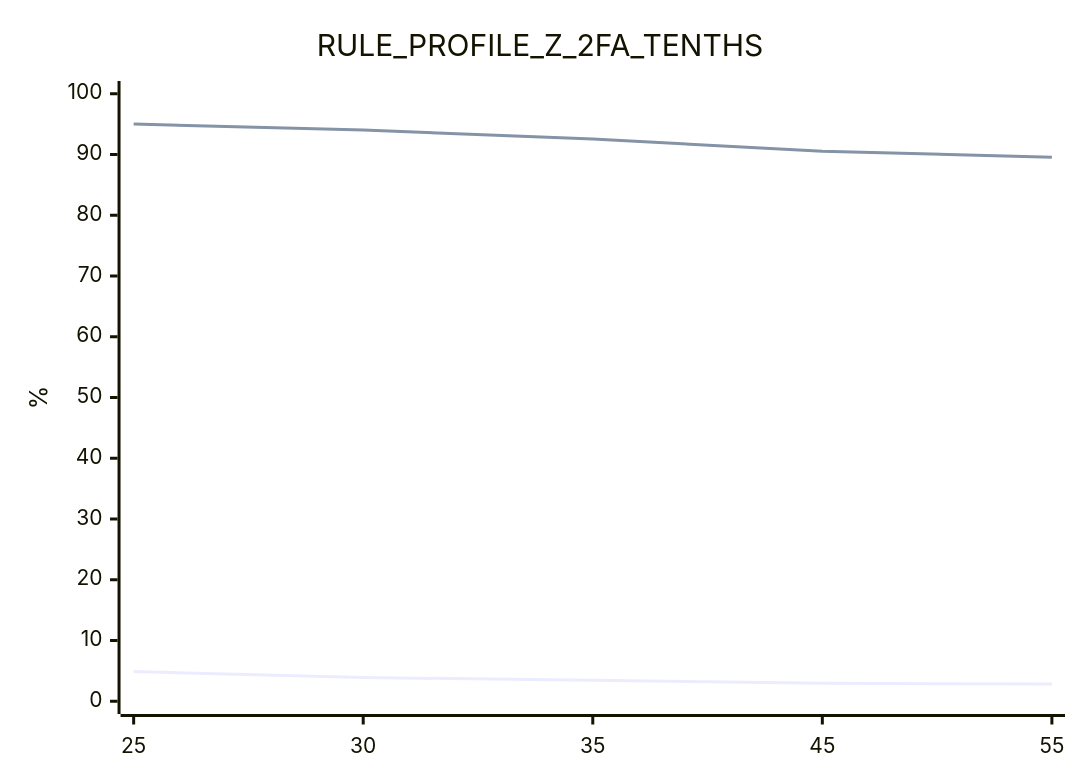
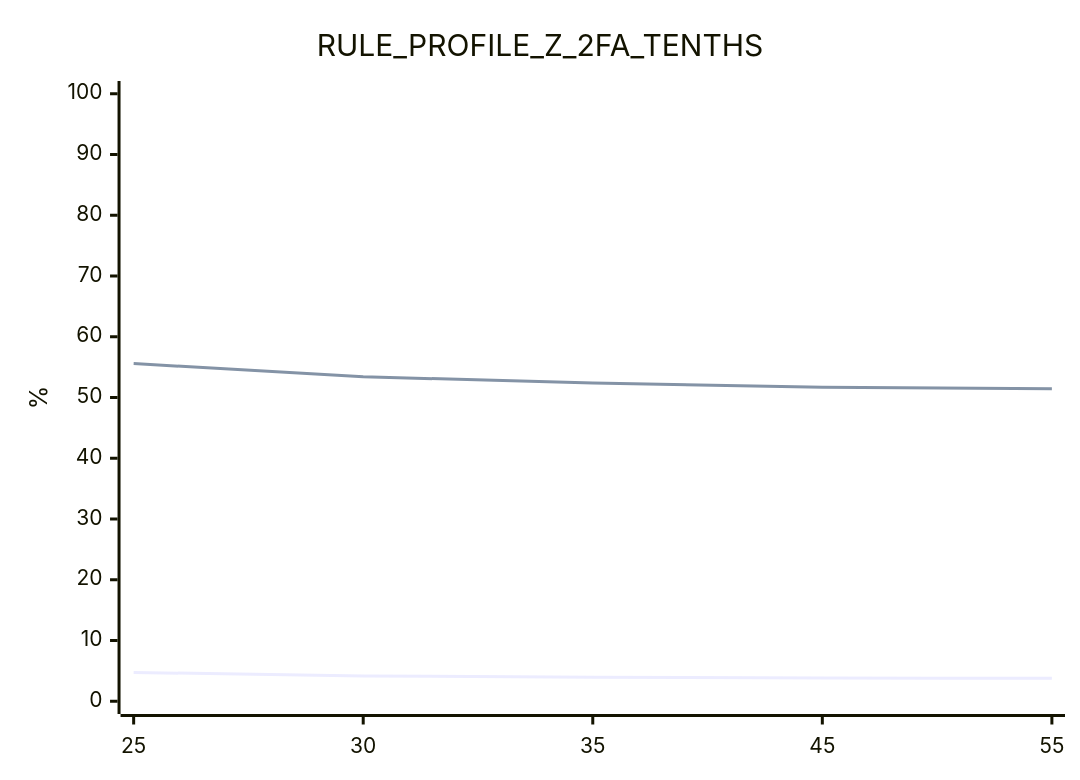
Before and after one commit to phprestes/Hackathon-Anti-Fraud-Pix: the fourth of 4 diagrams in docs/05-motor/analises.md, drawn with Mermaid. The commit also changed other lines of this file and 18 other files, not shown here.

````diff
--- a/docs/05-motor/analises.md
+++ b/docs/05-motor/analises.md
@@ -167,8 +169,8 @@
 ```mermaid
 xychart-beta
     title "RULE_PROFILE_Z_2FA_TENTHS"
     x-axis ["25", "30", "35", "45", "55"]
     y-axis "%" 0 --> 100
-    line [4.88, 3.90, 3.45, 2.95, 2.85]
-    line [95.02, 94.03, 92.54, 90.55, 89.55]
+    line [4.74, 4.16, 3.95, 3.82, 3.78]
+    line [55.58, 53.41, 52.39, 51.67, 51.45]
 ```
````
